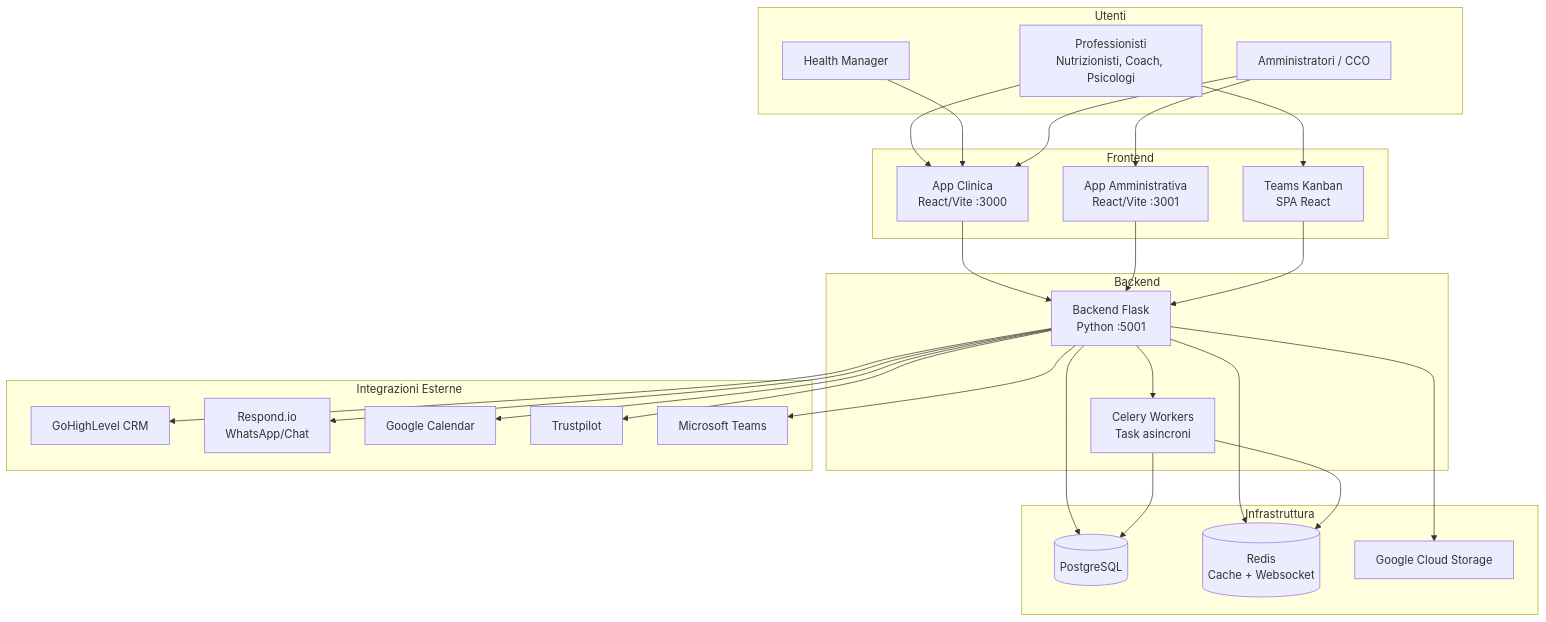
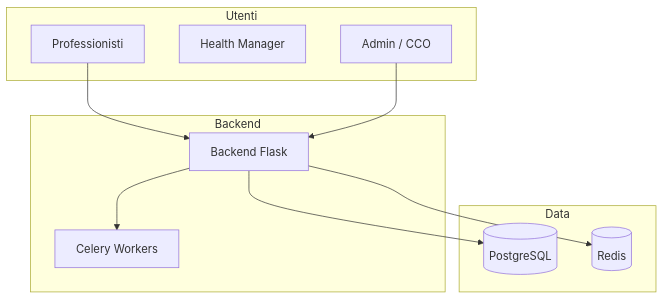
The diagram in docs/00-panoramica/overview.md (Corposostenibile/suite-clinica), drawn with Mermaid before and after one commit. The commit also changed other lines of this file and 19 other files, not shown here.

````diff
--- a/docs/00-panoramica/overview.md
+++ b/docs/00-panoramica/overview.md
@@ -22,57 +18,21 @@
 ```mermaid
 graph TB
     subgraph Utenti
-        PRO[Professionisti<br/>Nutrizionisti, Coach, Psicologi]
+        PRO[Professionisti]
         HM[Health Manager]
-        ADM[Amministratori / CCO]
+        ADM[Admin / CCO]
     end
-
-    subgraph Frontend
-        FC[App Clinica<br/>React/Vite :3000]
-        FA[App Amministrativa<br/>React/Vite :3001]
-        TK[Teams Kanban<br/>SPA React]
+    subgraph Backend
+        API[Backend Flask]
+        CEL[Celery Workers]
     end
-
-    subgraph Backend
-        API[Backend Flask<br/>Python :5001]
-        CEL[Celery Workers<br/>Task asincroni]
+    subgraph Data
+        DB[(PostgreSQL)]
+        RD[(Redis)]
     end
-
-    subgraph Infrastruttura
-        DB[(PostgreSQL)]
-        RD[(Redis<br/>Cache + Websocket)]
-        GCS[Google Cloud Storage]
-    end
-
-    subgraph Integrazioni Esterne
-        GHL[GoHighLevel CRM]
-        RIO[Respond.io<br/>WhatsApp/Chat]
-        GCA[Google Calendar]
-        TP[Trustpilot]
-        TEAMS[Microsoft Teams]
-    end
-
-    PRO --> FC
-    HM --> FC
-    ADM --> FC
-    ADM --> FA
-    PRO --> TK
-
-    FC --> API
-    FA --> API
-    TK --> API
-
+    PRO --> API
+    ADM --> API
     API --> DB
     API --> RD
-    API --> GCS
     API --> CEL
-
-    CEL --> DB
-    CEL --> RD
-
-    API --> GHL
-    API --> RIO
-    API --> GCA
-    API --> TP
-    API --> TEAMS
 ```
````
